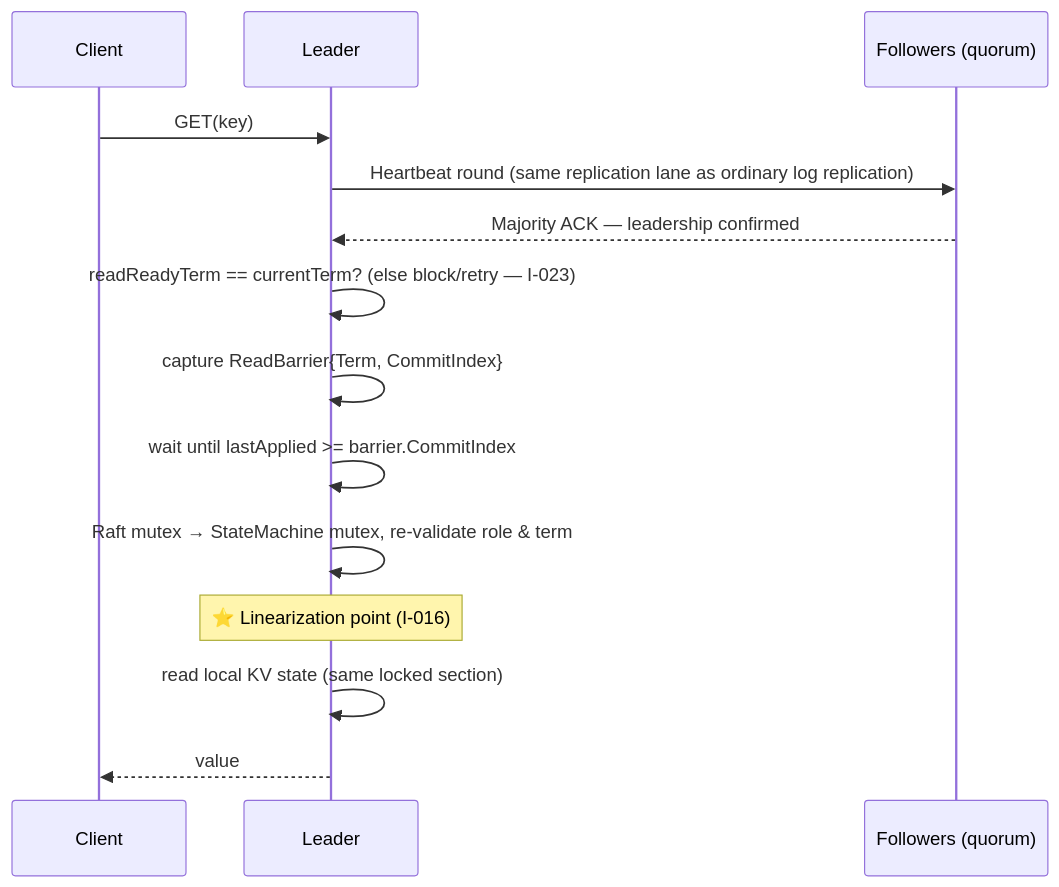
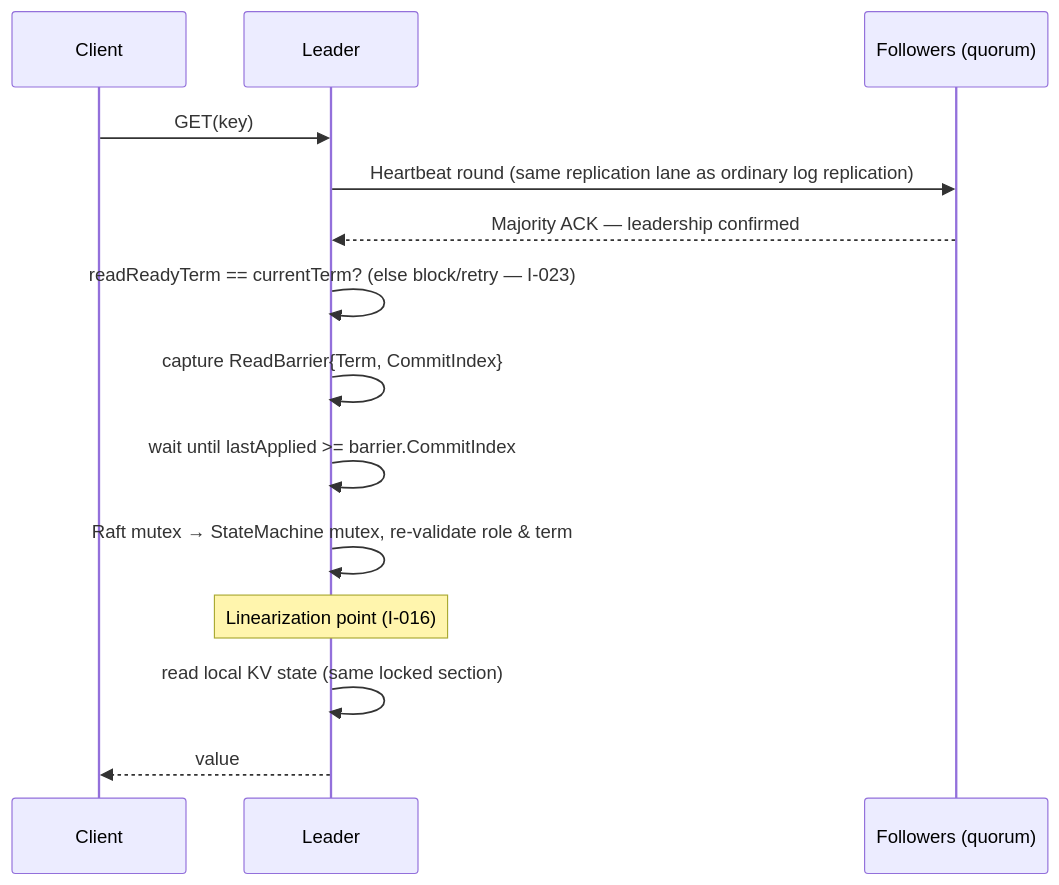
Before and after one commit to gkrish2005/raft-kv: the third of 4 diagrams in README.md, drawn with Mermaid. The commit also changed other lines of this file, not shown here.

````diff
--- a/README.md
+++ b/README.md
@@ -151,16 +150,16 @@
 ```mermaid
 sequenceDiagram
     participant C as Client
     participant L as Leader
     participant F as Followers (quorum)
     C->>L: GET(key)
     L->>F: Heartbeat round (same replication lane as ordinary log replication)
     F-->>L: Majority ACK — leadership confirmed
     L->>L: readReadyTerm == currentTerm? (else block/retry — I-023)
     L->>L: capture ReadBarrier{Term, CommitIndex}
     L->>L: wait until lastApplied >= barrier.CommitIndex
     L->>L: Raft mutex → StateMachine mutex, re-validate role & term
-    Note over L: ⭐ Linearization point (I-016)
+    Note over L: Linearization point (I-016)
     L->>L: read local KV state (same locked section)
     L-->>C: value
 ```
````
